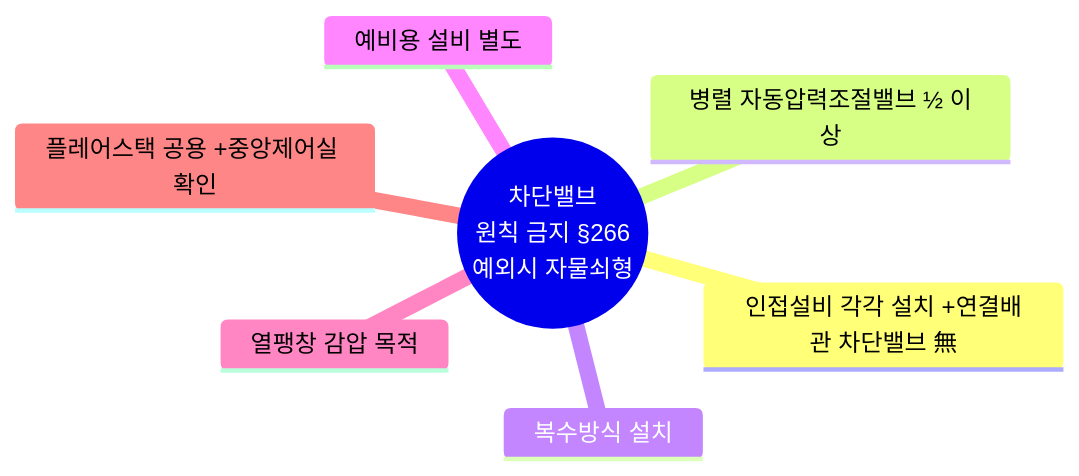
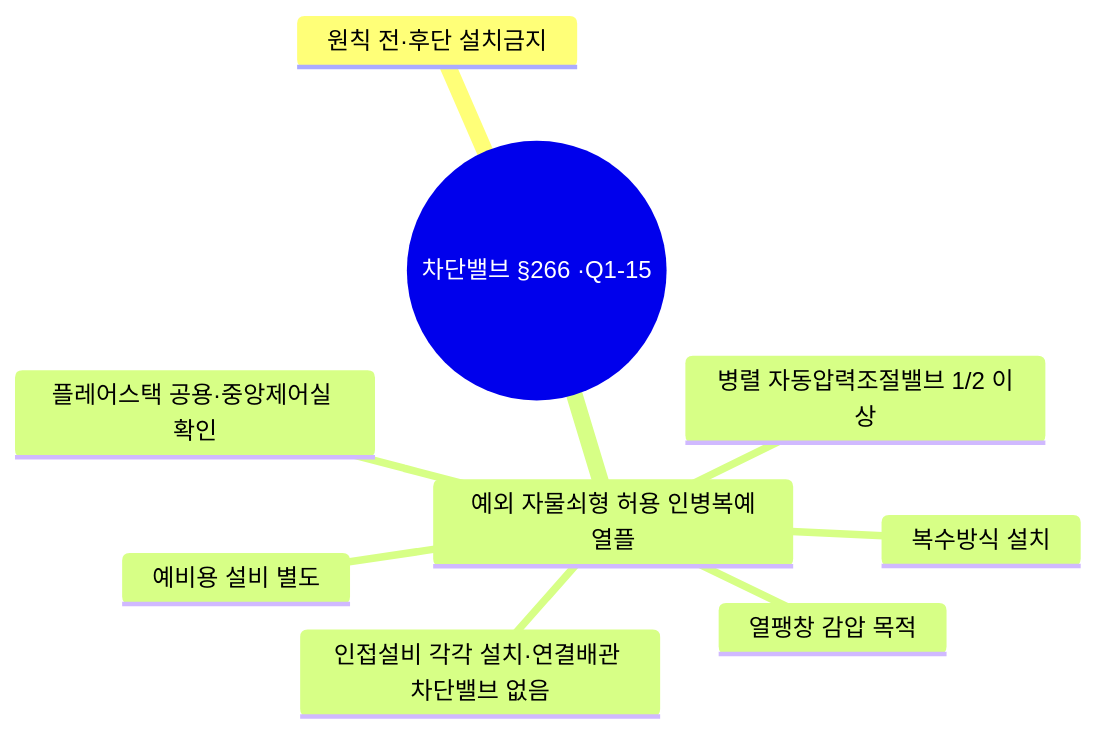
One commit to roy-zz/industrial-safety-viz changed the fourth of 6 diagrams in topics/01_안전장치.md. Above: the diagram before and after it, drawn with Mermaid. The commit also changed other lines of this file and 1 other file, not shown here.

````diff
--- a/topics/01_안전장치.md
+++ b/topics/01_안전장치.md
@@ -73,10 +64,12 @@
 ```mermaid
 mindmap
-  root((차단밸브<br/>원칙 금지 §266<br/>예외시 자물쇠형))
-    인접설비 각각 설치 +연결배관 차단밸브 無
-    병렬 자동압력조절밸브 ½ 이상
-    복수방식 설치
-    예비용 설비 별도
-    열팽창 감압 목적
-    플레어스택 공용 +중앙제어실 확인
+  root((차단밸브 §266 ·Q1-15))
+    원칙 전·후단 설치금지
+    예외 자물쇠형 허용 인병복예열플
+      인접설비 각각 설치·연결배관 차단밸브 없음
+      병렬 자동압력조절밸브 1/2 이상
+      복수방식 설치
+      예비용 설비 별도
+      열팽창 감압 목적
+      플레어스택 공용·중앙제어실 확인
 ```
````
